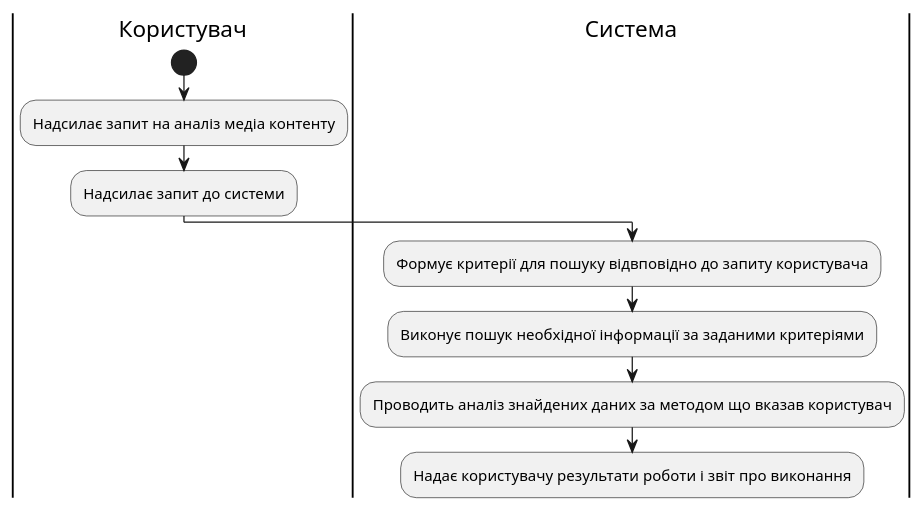
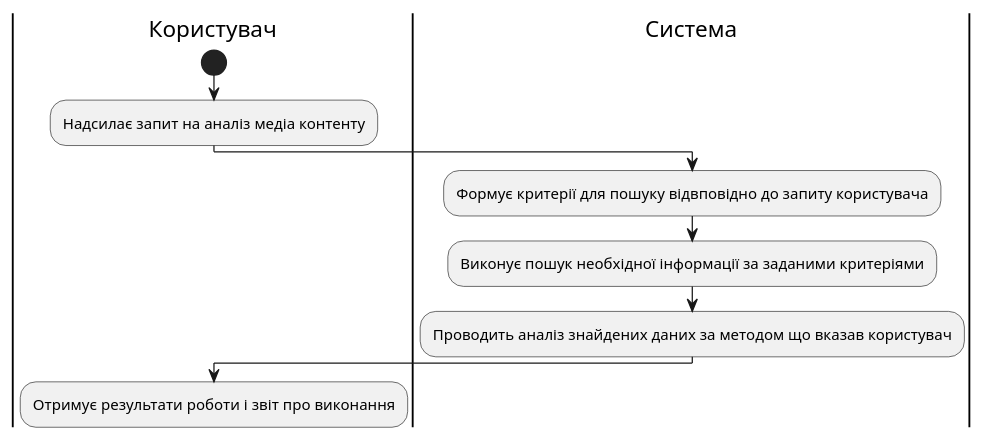
Before and after one commit to ukioxz/media-content-analyzing-system: the eighth of 16 diagrams in docs/use cases/README.md, drawn with PlantUML. The commit also changed other lines of this file and 2 other files, not shown here.

```diff
--- a/docs/use cases/README.md
+++ b/docs/use cases/README.md
@@ -264,22 +234,21 @@
 @startuml
   
 |Користувач|
   
 start
   
 :Надсилає запит на аналіз медіа контенту;
-  
-:Надсилає запит до системи;
   
 |#AntiqueWhite|Система
   
 :Формує критерії для пошуку відвповідно до запиту користувача;
   
 :Виконує пошук необхідної інформації за заданими критеріями;
   
 :Проводить аналіз знайдених даних за методом що вказав користувач;
   
-:Надає користувачу результати роботи і звіт про виконання;
+|Користувач|
+
+:Отримує результати роботи і звіт про виконання;
   
-
 @enduml
```
